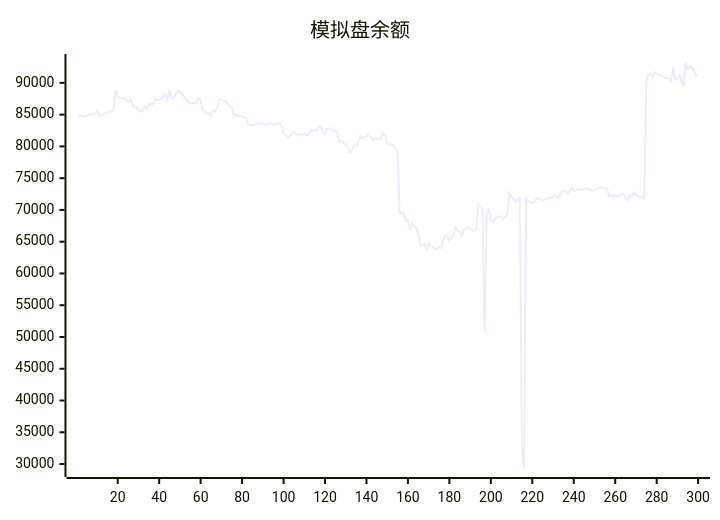
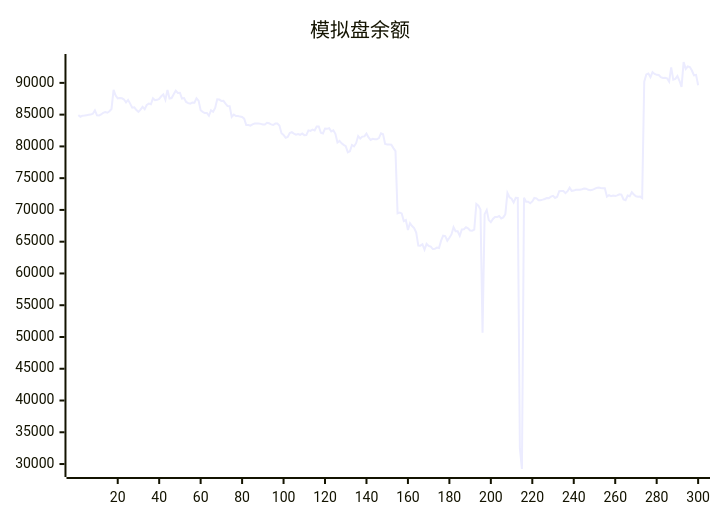
One commit to aahl/ai-trading changed the diagram in README.md. Above: the diagram before and after it, drawn with Mermaid. The commit also changed other lines of this file and 1 other file, not shown here.

````diff
--- a/README.md
+++ b/README.md
@@ -5,5 +5,5 @@
 ```mermaid
 xychart
     title "模拟盘余额"
-    line [84527,84919,84668,84834,84850,84916,84981,85004,85131,85674,84891,84864,85019,85284,85393,85294,85538,85894,88904,88012,87567,87625,87568,87386,86920,87313,86737,86094,86143,85725,85437,85787,86219,85859,86526,86740,86630,87563,87264,87335,87483,87886,88180,87335,88894,87544,87608,88207,88755,88401,88444,87543,87608,87000,86810,86740,86894,86884,87576,87209,85686,85435,85251,85255,84820,85689,85453,86066,87420,87373,87161,87178,86740,86341,86315,84643,85012,84772,84768,84690,84635,84376,83360,83357,83259,83474,83608,83606,83602,83548,83440,83454,83724,83644,83464,83365,83590,83592,83275,82072,81806,81344,81492,82109,82254,82006,81848,81955,81829,82022,81769,81776,82522,82441,82656,82498,83144,83144,82150,82038,82797,82763,82872,82367,82536,81981,80612,80862,80484,80242,80034,79063,79245,80226,80016,80507,81625,81233,81544,81578,82016,81401,81019,81186,81130,81118,81306,82066,81909,80392,80304,80291,80258,79729,79261,69466,69579,69456,68251,68415,66832,67911,67462,67144,66432,64380,64375,64606,63740,64647,64324,64216,63842,63877,64078,64008,65156,65945,65888,65157,65625,66144,67284,66653,66639,65924,66925,66956,67263,67108,66766,66729,66886,70927,70673,70049,50652,69334,69973,68400,68061,68578,68876,68879,69055,68662,68822,69329,72687,71999,71760,71162,71911,71896,32500,29218,71927,71297,71305,71044,71337,71883,71822,71536,71536,71622,71723,71880,71860,72100,72216,71887,72077,72940,72976,72966,72638,72948,73497,73004,73041,73173,73160,73186,73258,73375,73351,73173,73098,73161,73305,73474,73536,73457,73413,73412,72100,72333,72164,72272,72204,72285,72461,72421,71652,71521,72267,72157,72774,72424,72144,72060,72091,71858,90185,91338,91466,90900,91678,91404,91268,91244,90903,90779,90787,90721,90187,92429,90518,90619,91070,90328,89376,93286,92202,92581,92485,91947,91196,91259]
+    line [84919,84668,84834,84850,84916,84981,85004,85131,85674,84891,84864,85019,85284,85393,85294,85538,85894,88904,88012,87567,87625,87568,87386,86920,87313,86737,86094,86143,85725,85437,85787,86219,85859,86526,86740,86630,87563,87264,87335,87483,87886,88180,87335,88894,87544,87608,88207,88755,88401,88444,87543,87608,87000,86810,86740,86894,86884,87576,87209,85686,85435,85251,85255,84820,85689,85453,86066,87420,87373,87161,87178,86740,86341,86315,84643,85012,84772,84768,84690,84635,84376,83360,83357,83259,83474,83608,83606,83602,83548,83440,83454,83724,83644,83464,83365,83590,83592,83275,82072,81806,81344,81492,82109,82254,82006,81848,81955,81829,82022,81769,81776,82522,82441,82656,82498,83144,83144,82150,82038,82797,82763,82872,82367,82536,81981,80612,80862,80484,80242,80034,79063,79245,80226,80016,80507,81625,81233,81544,81578,82016,81401,81019,81186,81130,81118,81306,82066,81909,80392,80304,80291,80258,79729,79261,69466,69579,69456,68251,68415,66832,67911,67462,67144,66432,64380,64375,64606,63740,64647,64324,64216,63842,63877,64078,64008,65156,65945,65888,65157,65625,66144,67284,66653,66639,65924,66925,66956,67263,67108,66766,66729,66886,70927,70673,70049,50652,69334,69973,68400,68061,68578,68876,68879,69055,68662,68822,69329,72687,71999,71760,71162,71911,71896,32500,29218,71927,71297,71305,71044,71337,71883,71822,71536,71536,71622,71723,71880,71860,72100,72216,71887,72077,72940,72976,72966,72638,72948,73497,73004,73041,73173,73160,73186,73258,73375,73351,73173,73098,73161,73305,73474,73536,73457,73413,73412,72100,72333,72164,72272,72204,72285,72461,72421,71652,71521,72267,72157,72774,72424,72144,72060,72091,71858,90185,91338,91466,90900,91678,91404,91268,91244,90903,90779,90787,90721,90187,92429,90518,90619,91070,90328,89376,93286,92202,92581,92485,91947,91196,91259,89619]
 ```
````
